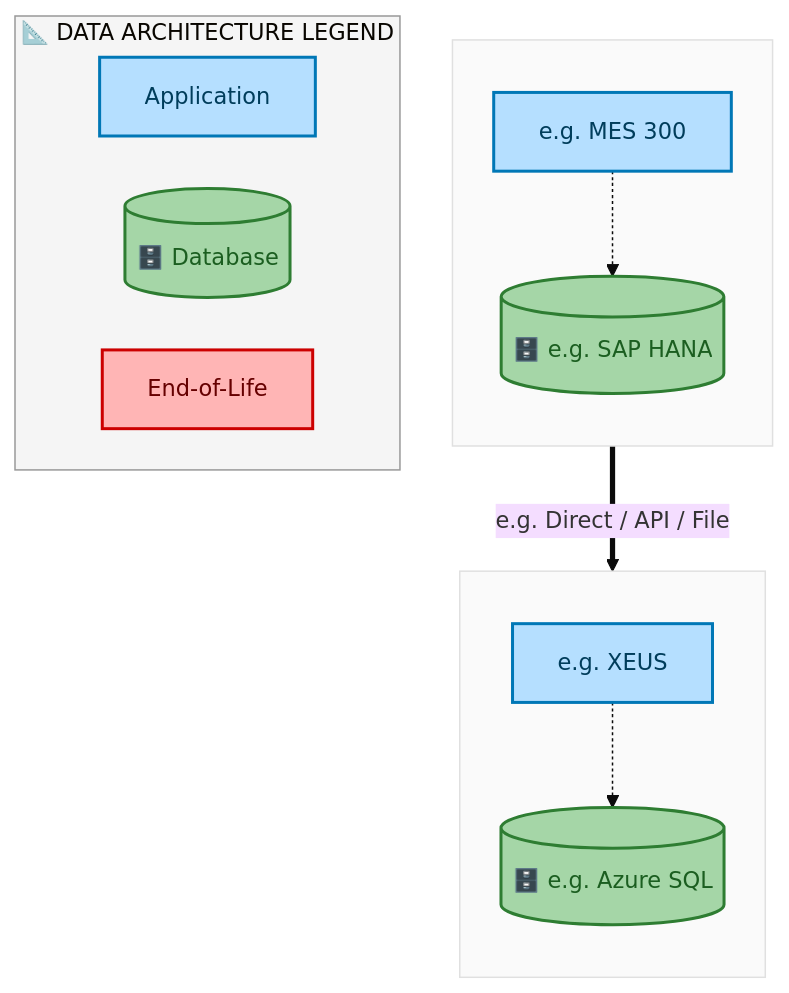
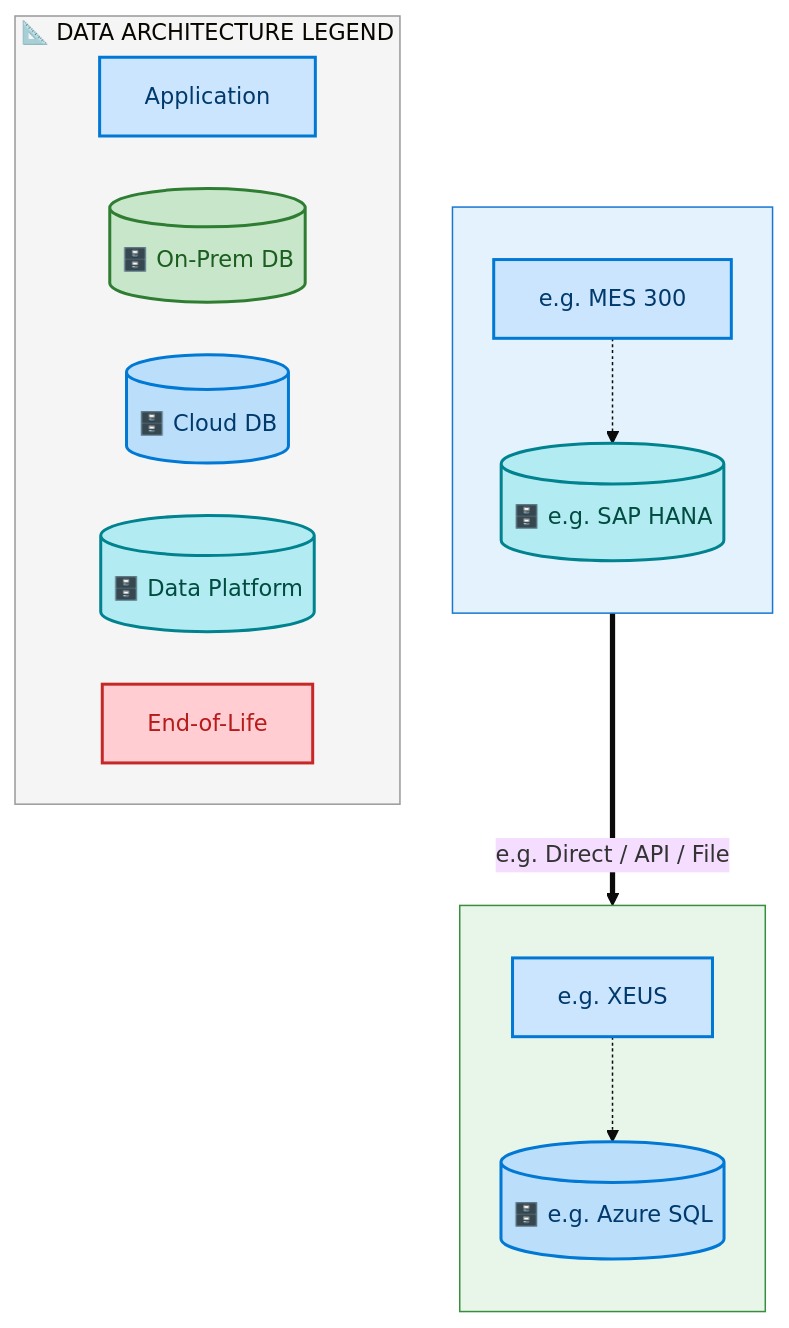
Before and after one commit to sajivfrancis777/IAO-Architecture: the eighth of 12 diagrams in towers/E2E/Procure to Pay/E2E-49/output/docs/systems-architecture/E2E-49-Architecture.md, drawn with Mermaid. The commit also changed other lines of this file and 394 other files, not shown here.

First line of the commit message:
feat: structured layer ordering for Mermaid architecture diagrams

````diff
--- a/towers/E2E/Procure to Pay/E2E-49/output/docs/systems-architecture/E2E-49-Architecture.md
+++ b/towers/E2E/Procure to Pay/E2E-49/output/docs/systems-architecture/E2E-49-Architecture.md
@@ -926,33 +931,37 @@
 ```mermaid
 %%{init: {"theme": "base", "securityLevel": "loose", "themeVariables": {"fontSize": "15px", "fontFamily": "Segoe UI, Arial"}, "flowchart": {"useMaxWidth": false, "htmlLabels": true, "nodeSpacing": 35, "rankSpacing": 45}} }%%
 flowchart TB
-    classDef appBox fill:#B5DFFF,stroke:#0077B6,stroke-width:2px,color:#003D5B
-    classDef dbCyl fill:#A5D6A7,stroke:#2E7D32,stroke-width:2px,color:#1B5E20
-    classDef eolBox fill:#FFB5B5,stroke:#CC0000,stroke-width:2px,color:#660000
+    classDef appBox fill:#CCE5FF,stroke:#0078D4,stroke-width:2px,color:#003A6C
+    classDef dbCyl fill:#C8E6C9,stroke:#2E7D32,stroke-width:2px,color:#1B5E20
+    classDef dbCloud fill:#BBDEFB,stroke:#0078D4,stroke-width:2px,color:#003A6C
+    classDef dbData fill:#B2EBF2,stroke:#00838F,stroke-width:2px,color:#004D40
+    classDef eolBox fill:#FFCDD2,stroke:#C62828,stroke-width:2px,color:#B71C1C
 
     subgraph E2E49FDACL_e_g_Azure_SQL[" "]
         direction TB
         E2E49FDAA_e_g_XEUS["e.g. XEUS"]:::appBox
-        E2E49FDAD_e_g_Azure_SQL[("🗄️ e.g. Azure SQL")]:::dbCyl
+        E2E49FDAD_e_g_Azure_SQL[("🗄️ e.g. Azure SQL")]:::dbCloud
         E2E49FDAA_e_g_XEUS -.-> E2E49FDAD_e_g_Azure_SQL
     end
-    style E2E49FDACL_e_g_Azure_SQL fill:#FAFAFA,stroke:#E0E0E0,stroke-width:1px
+    style E2E49FDACL_e_g_Azure_SQL fill:#E8F5E9,stroke:#388E3C,stroke-width:1px
 
     subgraph E2E49FDACL_e_g_SAP_HANA[" "]
         direction TB
         E2E49FDAA_e_g_MES_300["e.g. MES 300"]:::appBox
-        E2E49FDAD_e_g_SAP_HANA[("🗄️ e.g. SAP HANA")]:::dbCyl
+        E2E49FDAD_e_g_SAP_HANA[("🗄️ e.g. SAP HANA")]:::dbData
         E2E49FDAA_e_g_MES_300 -.-> E2E49FDAD_e_g_SAP_HANA
     end
-    style E2E49FDACL_e_g_SAP_HANA fill:#FAFAFA,stroke:#E0E0E0,stroke-width:1px
+    style E2E49FDACL_e_g_SAP_HANA fill:#E3F2FD,stroke:#1976D2,stroke-width:1px
 
     E2E49FDAD_e_g_SAP_HANA ==>|"e.g. Direct / API / File"| E2E49FDAD_e_g_Azure_SQL
 
     subgraph Legend["📐 DATA ARCHITECTURE LEGEND"]
         direction LR
         L_A["Application"]:::appBox
-        L_D[("🗄️ Database")]:::dbCyl
+        L_D[("🗄️ On-Prem DB")]:::dbCyl
+        L_DC[("🗄️ Cloud DB")]:::dbCloud
+        L_DD[("🗄️ Data Platform")]:::dbData
         L_E["End-of-Life"]:::eolBox
     end
     style Legend fill:#F5F5F5,stroke:#999,stroke-width:1px
 ```
````
